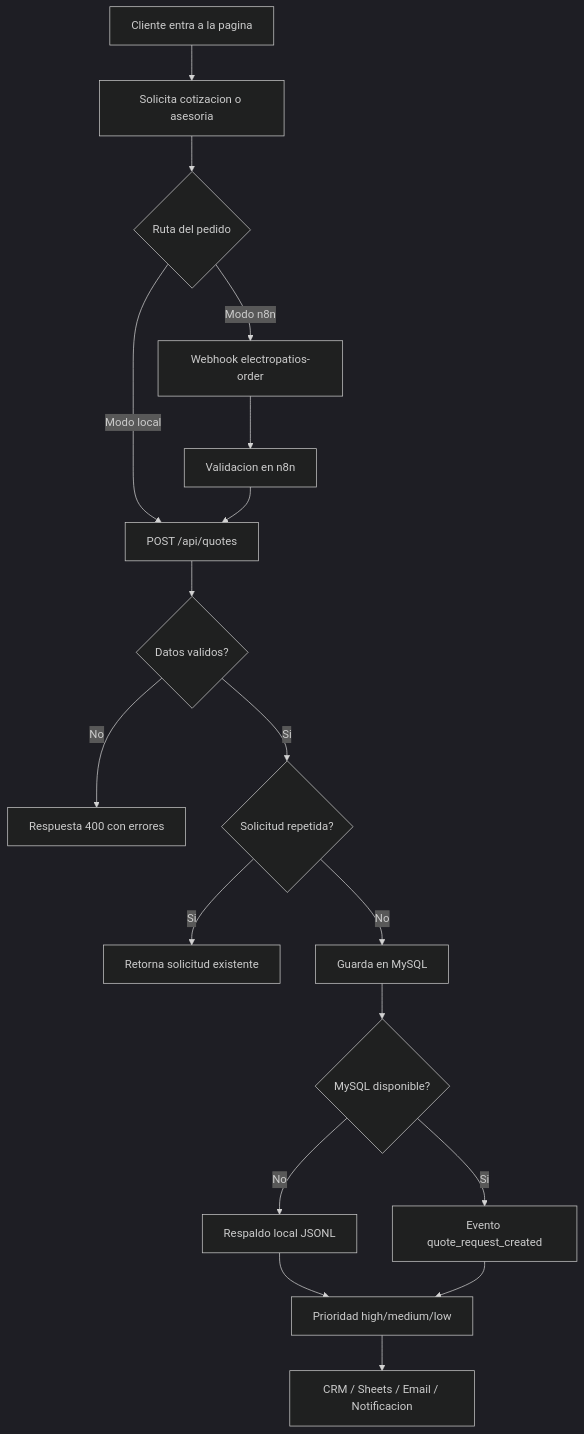
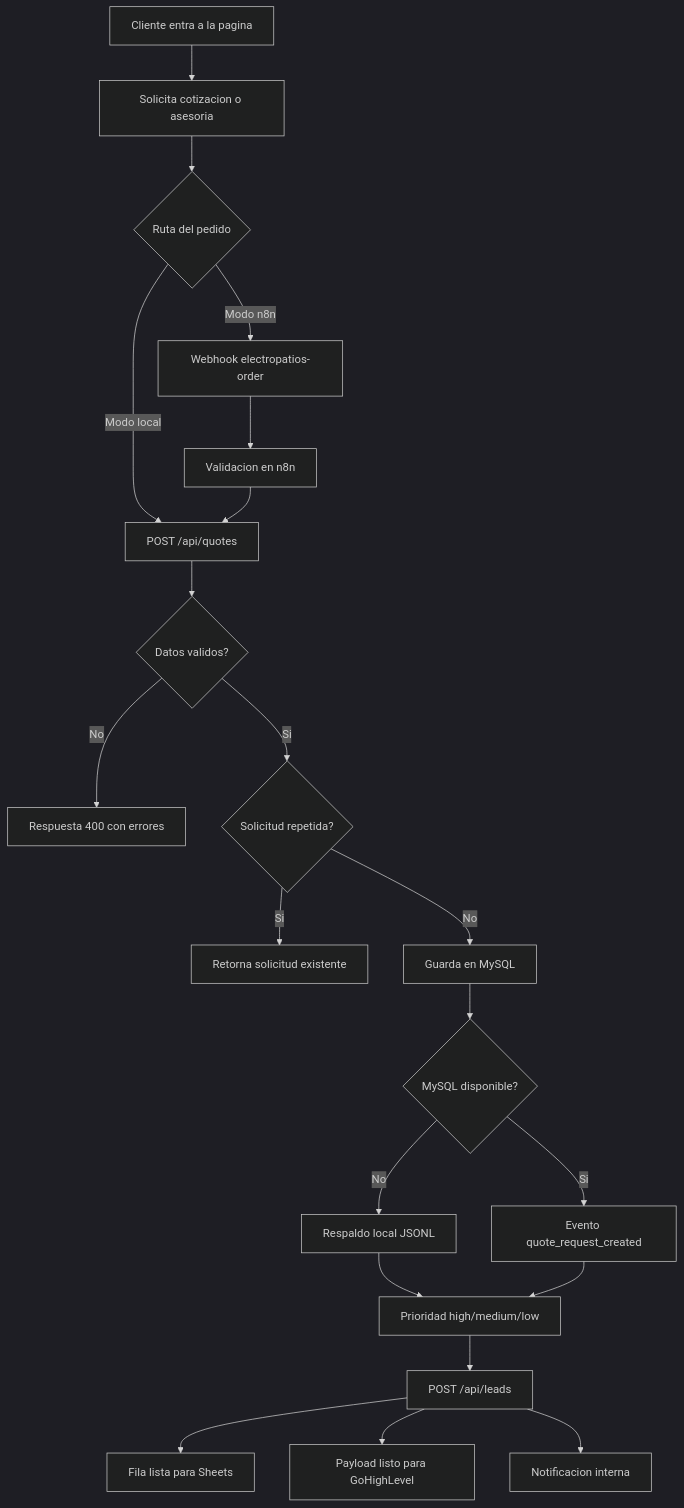
Before and after one commit to deyson24ivan/electropatios-quote-system: the diagram in docs/architecture.md, drawn with Mermaid (dark theme). The commit also changed other lines of this file and 12 other files, not shown here.

Commit message:
Add lead automation flow

````diff
--- a/docs/architecture.md
+++ b/docs/architecture.md
@@ -7,20 +7,23 @@
 ```mermaid
 flowchart TD
   A["Cliente entra a la pagina"] --> B["Solicita cotizacion o asesoria"]
   B --> C{"Ruta del pedido"}
   C -- "Modo local" --> D["POST /api/quotes"]
   C -- "Modo n8n" --> E["Webhook electropatios-order"]
   E --> F["Validacion en n8n"]
   F --> D
   D --> G{"Datos validos?"}
   G -- "No" --> H["Respuesta 400 con errores"]
   G -- "Si" --> I{"Solicitud repetida?"}
   I -- "Si" --> J["Retorna solicitud existente"]
   I -- "No" --> K["Guarda en MySQL"]
   K --> L{"MySQL disponible?"}
   L -- "No" --> M["Respaldo local JSONL"]
   L -- "Si" --> N["Evento quote_request_created"]
   M --> O["Prioridad high/medium/low"]
   N --> O
-  O --> P["CRM / Sheets / Email / Notificacion"]
+  O --> P["POST /api/leads"]
+  P --> Q["Fila lista para Sheets"]
+  P --> R["Payload listo para GoHighLevel"]
+  P --> S["Notificacion interna"]
 ```
````
